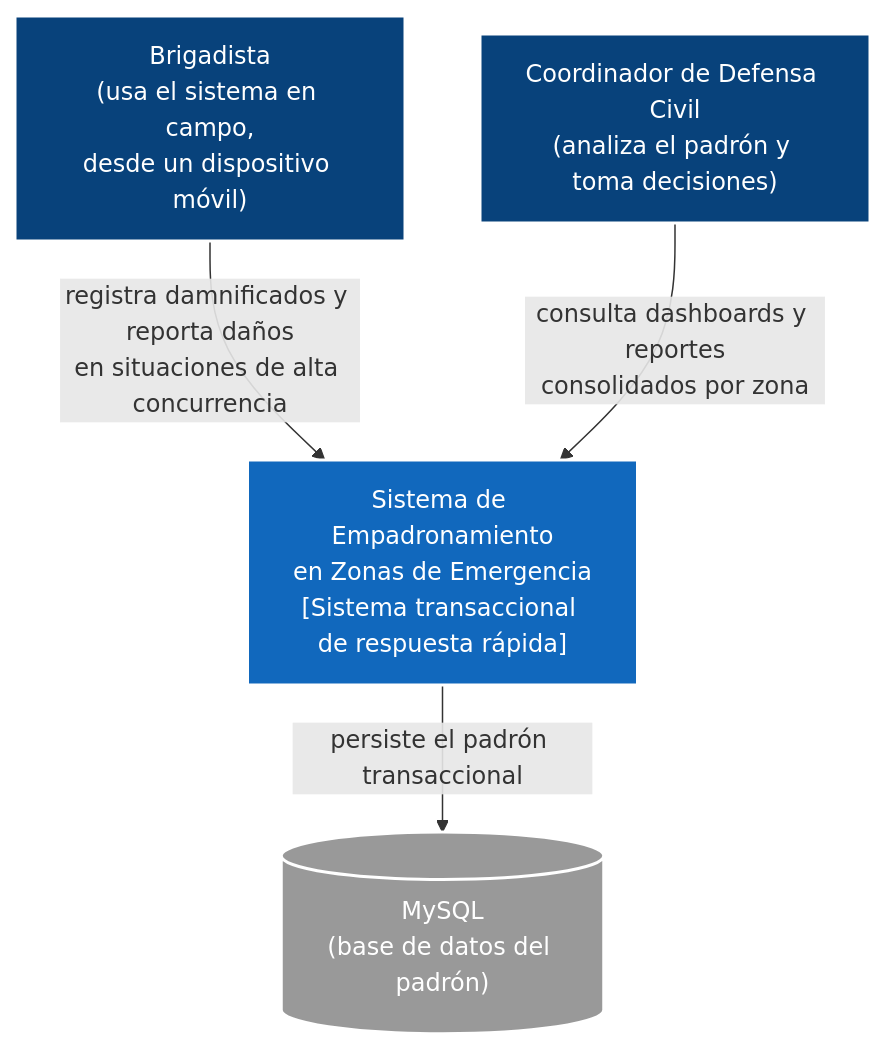
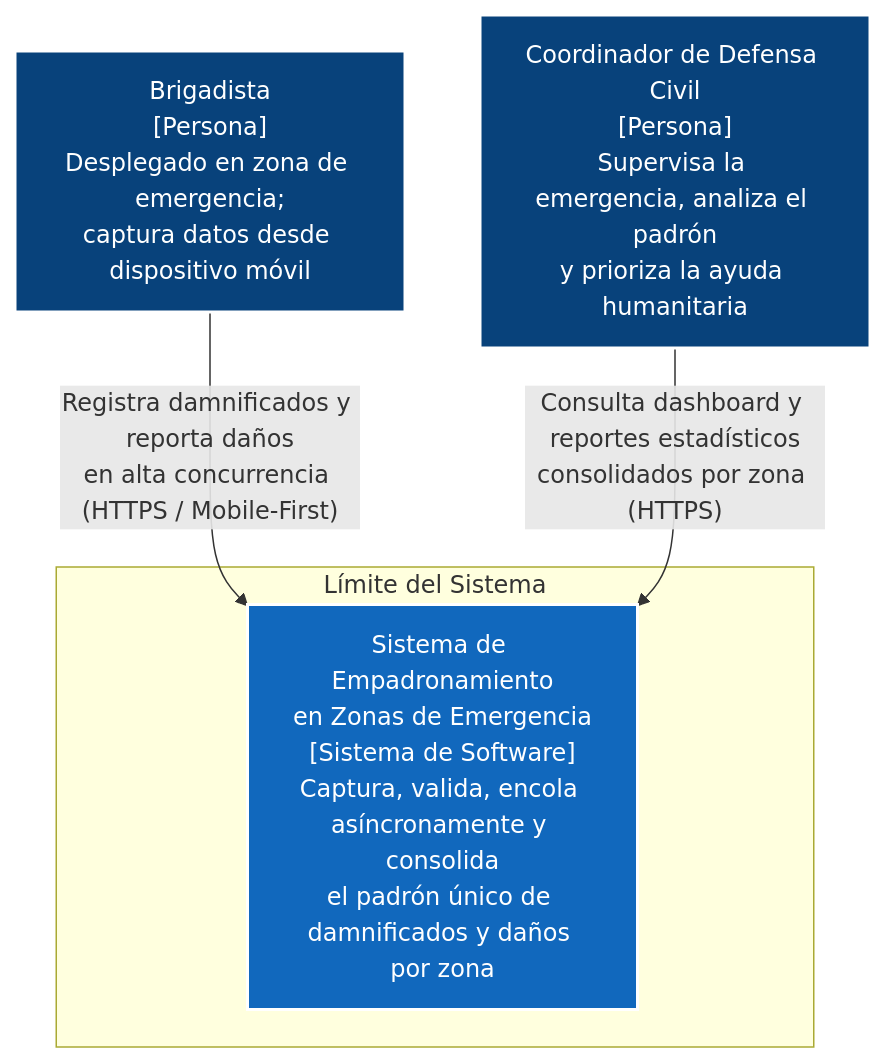
One commit to gabrielquispe27-ops/Sistema-Empadronamiento_arquiSoft_Quispe-02 changed the diagram in docs/04-modelo-c4/Nivel1-Diagrama-de-Contexto-del-Sistema.md. Above: the diagram before and after it, drawn with Mermaid. The commit also changed other lines of this file and 31 other files, not shown here.

First line of the commit message:
docs(arquitectura): optimización C4, integración de Redis y diagramas actualizados

````diff
--- a/docs/04-modelo-c4/Nivel1-Diagrama-de-Contexto-del-Sistema.md
+++ b/docs/04-modelo-c4/Nivel1-Diagrama-de-Contexto-del-Sistema.md
@@ -5,19 +8,15 @@
 ```mermaid
 flowchart TD
     classDef person fill:#08427b,stroke:#fff,stroke-width:2px,color:#fff
     classDef system fill:#1168bd,stroke:#fff,stroke-width:2px,color:#fff
-    classDef ext fill:#999999,stroke:#fff,stroke-width:2px,color:#fff
 
-    Brigadista["Brigadista\n(usa el sistema en campo,\ndesde un dispositivo móvil)"]:::person
-    Coordinador["Coordinador de Defensa Civil\n(analiza el padrón y toma decisiones)"]:::person
+    Brigadista["Brigadista\n[Persona]\nDesplegado en zona de emergencia;\ncaptura datos desde dispositivo móvil"]:::person
+    Coordinador["Coordinador de Defensa Civil\n[Persona]\nSupervisa la emergencia, analiza el padrón\ny prioriza la ayuda humanitaria"]:::person
 
-    Sistema["Sistema de Empadronamiento\nen Zonas de Emergencia\n[Sistema transaccional de respuesta rápida]"]:::system
+    subgraph BOUNDARY ["Límite del Sistema"]
+        Sistema["Sistema de Empadronamiento\nen Zonas de Emergencia\n[Sistema de Software]\nCaptura, valida, encola asíncronamente y consolida\nel padrón único de damnificados y daños por zona"]:::system
+    end
 
-    MySQL[("MySQL\n(base de datos del padrón)")]:::ext
-
-    Brigadista -- "registra damnificados y reporta daños\nen situaciones de alta concurrencia" --> Sistema
-    Coordinador -- "consulta dashboards y reportes\nconsolidados por zona" --> Sistema
-    Sistema -- "persiste el padrón transaccional" --> MySQL
-
-    style Brigadista fill:#08427b,stroke:#fff,stroke-width:2px,color:#fff
+    Brigadista -- "Registra damnificados y reporta daños\nen alta concurrencia (HTTPS / Mobile-First)" --> Sistema
+    Coordinador -- "Consulta dashboard y reportes estadísticos\nconsolidados por zona (HTTPS)" --> Sistema
 ```
````
